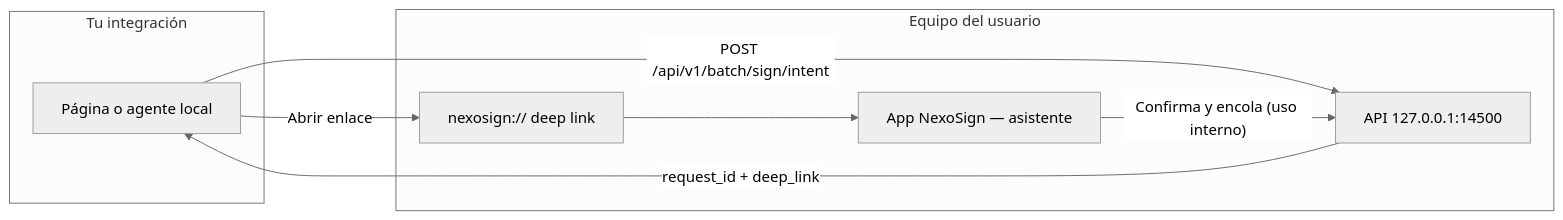
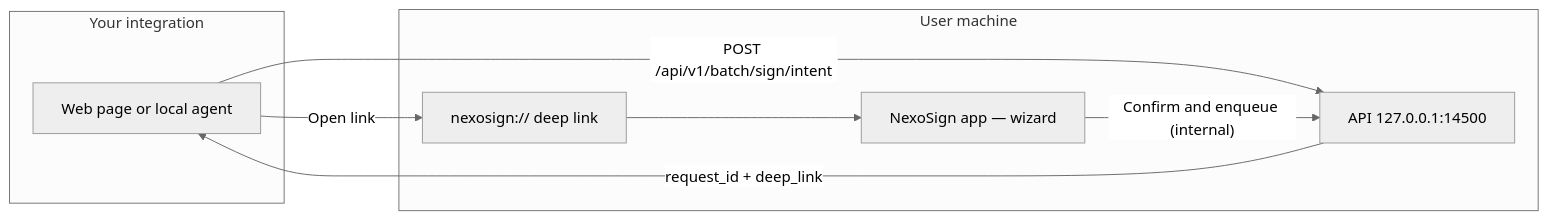
The diagram in README.md (cjuriartec/nexosign), drawn with Mermaid (neutral theme) before and after one commit. The commit also changed other lines of this file and 15 other files, not shown here.

````diff
--- a/README.md
+++ b/README.md
@@ -91,16 +112,16 @@
 ```mermaid
 flowchart LR
-  subgraph Web["Tu integración"]
-    A[Página o agente local]
+  subgraph Web["Your integration"]
+    A[Web page or local agent]
   end
-  subgraph NexoSign["Equipo del usuario"]
+  subgraph NexoSign["User machine"]
     B["API 127.0.0.1:14500"]
     C["nexosign:// deep link"]
-    D["App NexoSign — asistente"]
+    D["NexoSign app — wizard"]
   end
   A -->|"POST /api/v1/batch/sign/intent"| B
   B -->|"request_id + deep_link"| A
-  A -->|"Abrir enlace"| C
+  A -->|"Open link"| C
   C --> D
-  D -->|"Confirma y encola (uso interno)"| B
+  D -->|"Confirm and enqueue (internal)"| B
 ```
````
